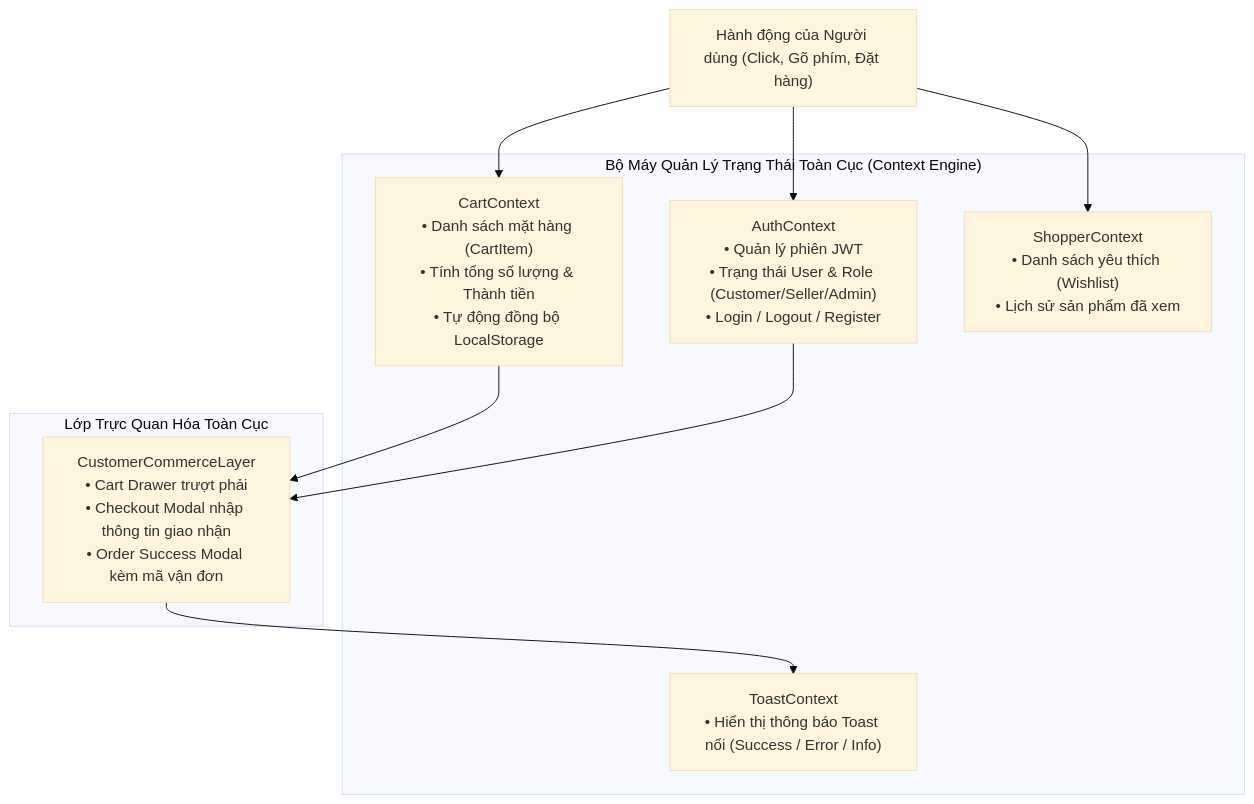
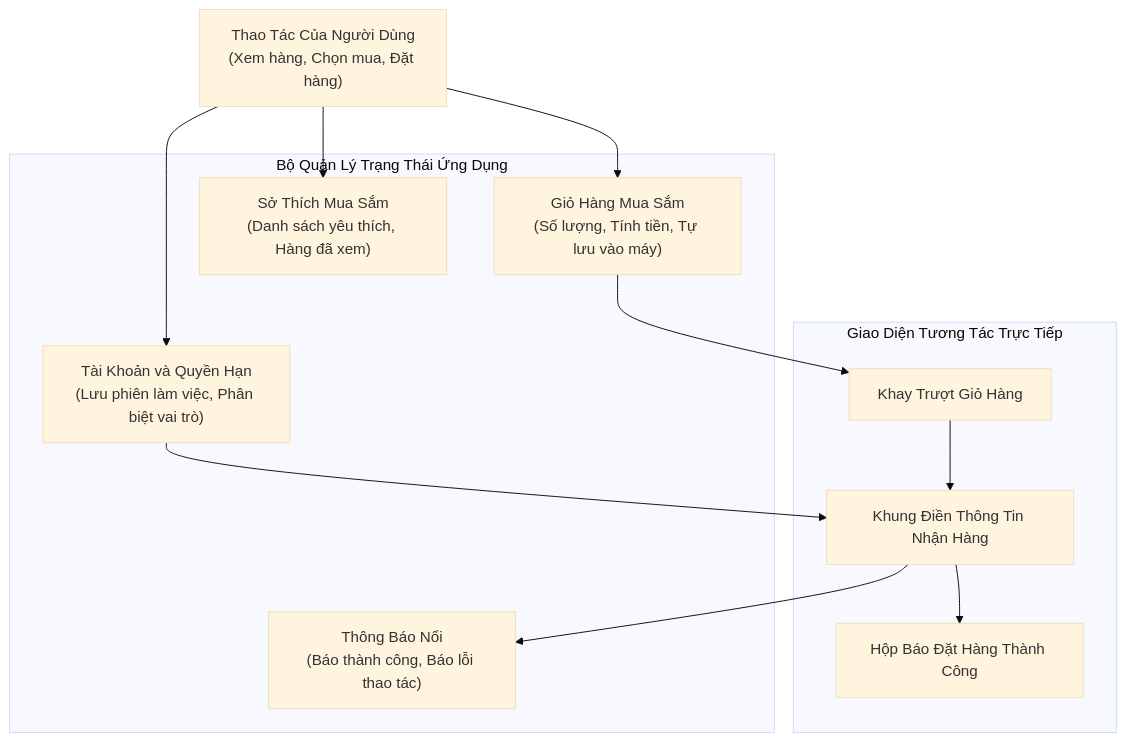
One commit to longthan12334/He-thong-thuong-mai-ien-tu-tich-hop-AI changed the fourth of 16 diagrams in BAO_CAO_THIET_KE_HE_THONG.md. Above: the diagram before and after it, drawn with Mermaid (base theme). The commit also changed other lines of this file and 24 other files, not shown here.

````diff
--- a/BAO_CAO_THIET_KE_HE_THONG.md
+++ b/BAO_CAO_THIET_KE_HE_THONG.md
@@ -142,22 +138,24 @@
 ```mermaid
 flowchart TD
-    UserAction["Hành động của Người dùng (Click, Gõ phím, Đặt hàng)"]
+    Action["Thao Tác Của Người Dùng<br/>(Xem hàng, Chọn mua, Đặt hàng)"]
 
-    subgraph ContextEngine ["Bộ Máy Quản Lý Trạng Thái Toàn Cục (Context Engine)"]
-        Auth["AuthContext<br/>• Quản lý phiên JWT<br/>• Trạng thái User & Role (Customer/Seller/Admin)<br/>• Login / Logout / Register"]
-        Cart["CartContext<br/>• Danh sách mặt hàng (CartItem)<br/>• Tính tổng số lượng & Thành tiền<br/>• Tự động đồng bộ LocalStorage"]
-        Shopper["ShopperContext<br/>• Danh sách yêu thích (Wishlist)<br/>• Lịch sử sản phẩm đã xem"]
-        Toast["ToastContext<br/>• Hiển thị thông báo Toast nổi (Success / Error / Info)"]
+    subgraph StateManager ["Bộ Quản Lý Trạng Thái Ứng Dụng"]
+        UserCtx["Tài Khoản và Quyền Hạn<br/>(Lưu phiên làm việc, Phân biệt vai trò)"]
+        CartCtx["Giỏ Hàng Mua Sắm<br/>(Số lượng, Tính tiền, Tự lưu vào máy)"]
+        ShopperCtx["Sở Thích Mua Sắm<br/>(Danh sách yêu thích, Hàng đã xem)"]
+        ToastCtx["Thông Báo Nổi<br/>(Báo thành công, Báo lỗi thao tác)"]
     end
 
-    subgraph Overlays ["Lớp Trực Quan Hóa Toàn Cục"]
-        CommLayer["CustomerCommerceLayer<br/>• Cart Drawer trượt phải<br/>• Checkout Modal nhập thông tin giao nhận<br/>• Order Success Modal kèm mã vận đơn"]
+    subgraph ViewLayer ["Giao Diện Tương Tác Trực Tiếp"]
+        CartDrawer["Khay Trượt Giỏ Hàng"]
+        CheckoutModal["Khung Điền Thông Tin Nhận Hàng"]
+        SuccessModal["Hộp Báo Đặt Hàng Thành Công"]
     end
 
-    UserAction --> Auth
-    UserAction --> Cart
-    UserAction --> Shopper
-    Cart --> CommLayer
-    Auth --> CommLayer
-    CommLayer --> Toast
+    Action --> UserCtx
+    Action --> CartCtx
+    Action --> ShopperCtx
+    CartCtx --> CartDrawer --> CheckoutModal --> SuccessModal
+    UserCtx --> CheckoutModal
+    CheckoutModal --> ToastCtx
 ```
````
